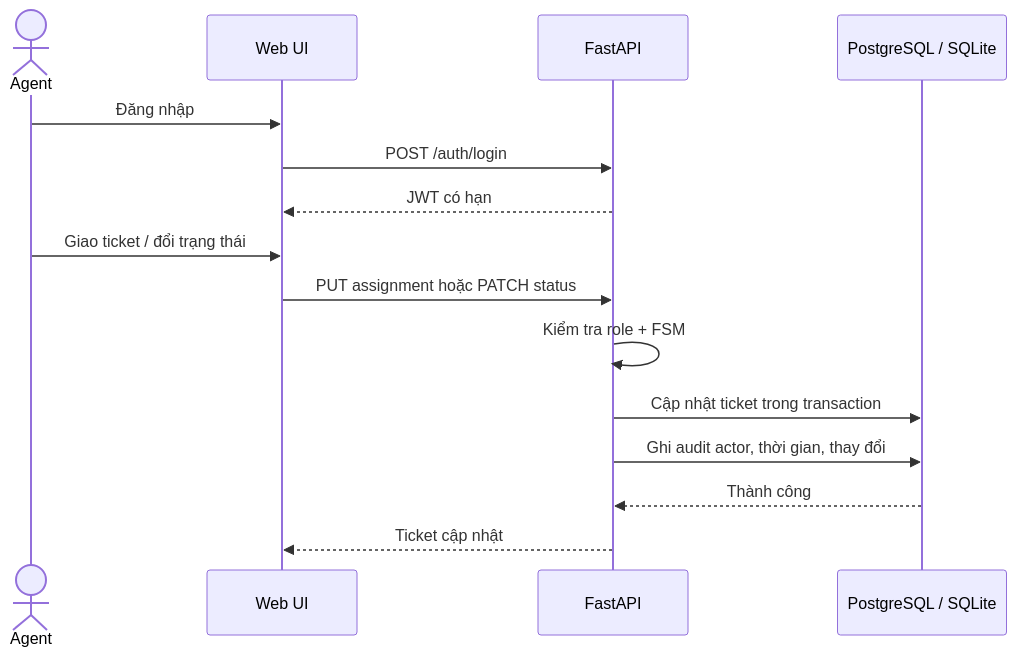
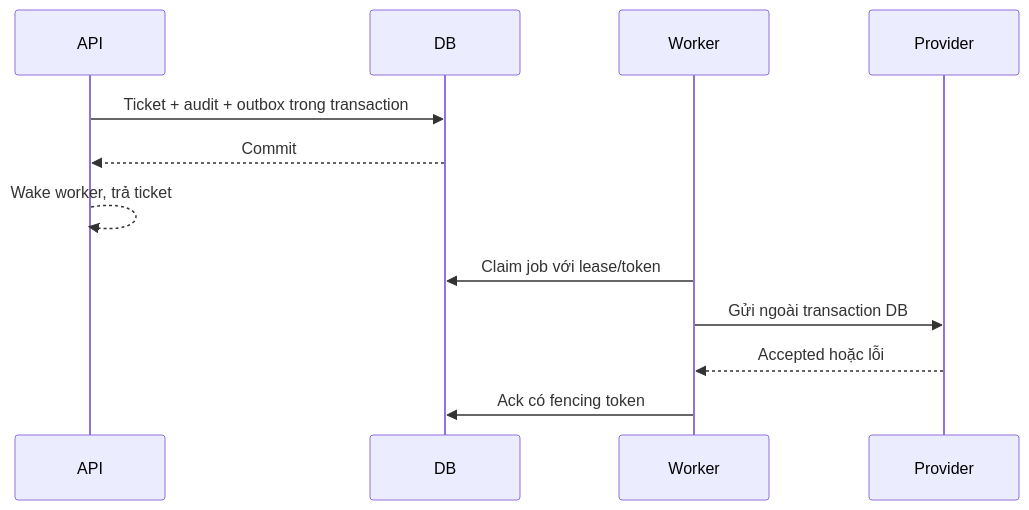
The second of 3 diagrams in docs/SDD.md (thinhsp-203/OpsMind-Helpdesk), drawn with Mermaid before and after one commit. The commit also changed other lines of this file and 6 other files, not shown here.

````diff
--- a/docs/SDD.md
+++ b/docs/SDD.md
@@ -101,17 +76,14 @@
 ```mermaid
 sequenceDiagram
-  actor Agent
-  participant UI as Web UI
-  participant API as FastAPI
-  participant DB as PostgreSQL / SQLite
-  Agent->>UI: Đăng nhập
-  UI->>API: POST /auth/login
-  API-->>UI: JWT có hạn
-  Agent->>UI: Giao ticket / đổi trạng thái
-  UI->>API: PUT assignment hoặc PATCH status
-  API->>API: Kiểm tra role + FSM
-  API->>DB: Cập nhật ticket trong transaction
-  API->>DB: Ghi audit actor, thời gian, thay đổi
-  DB-->>API: Thành công
-  API-->>UI: Ticket cập nhật
+  participant API
+  participant DB
+  participant Worker
+  participant Provider
+  API->>DB: Ticket + audit + outbox trong transaction
+  DB-->>API: Commit
+  API-->>API: Wake worker, trả ticket
+  Worker->>DB: Claim job với lease/token
+  Worker->>Provider: Gửi ngoài transaction DB
+  Provider-->>Worker: Accepted hoặc lỗi
+  Worker->>DB: Ack có fencing token
 ```
````
